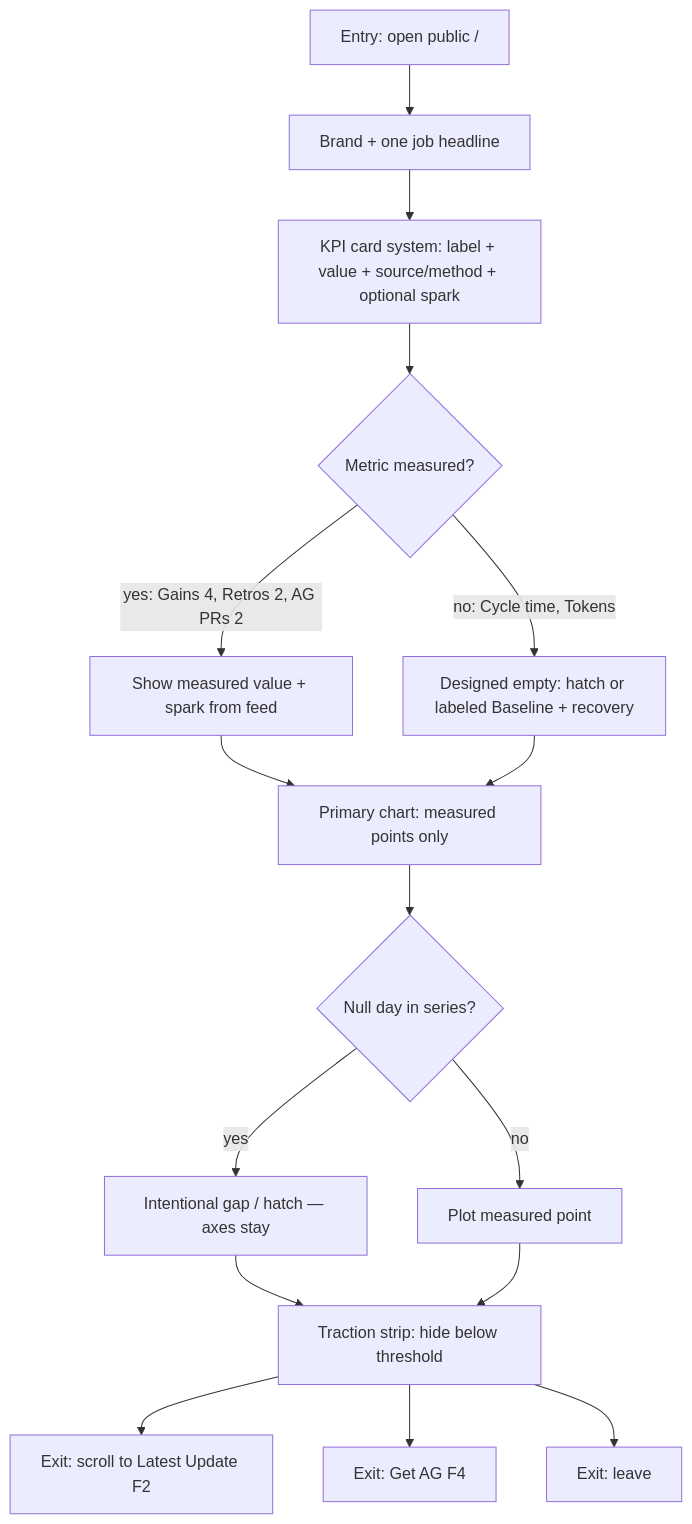
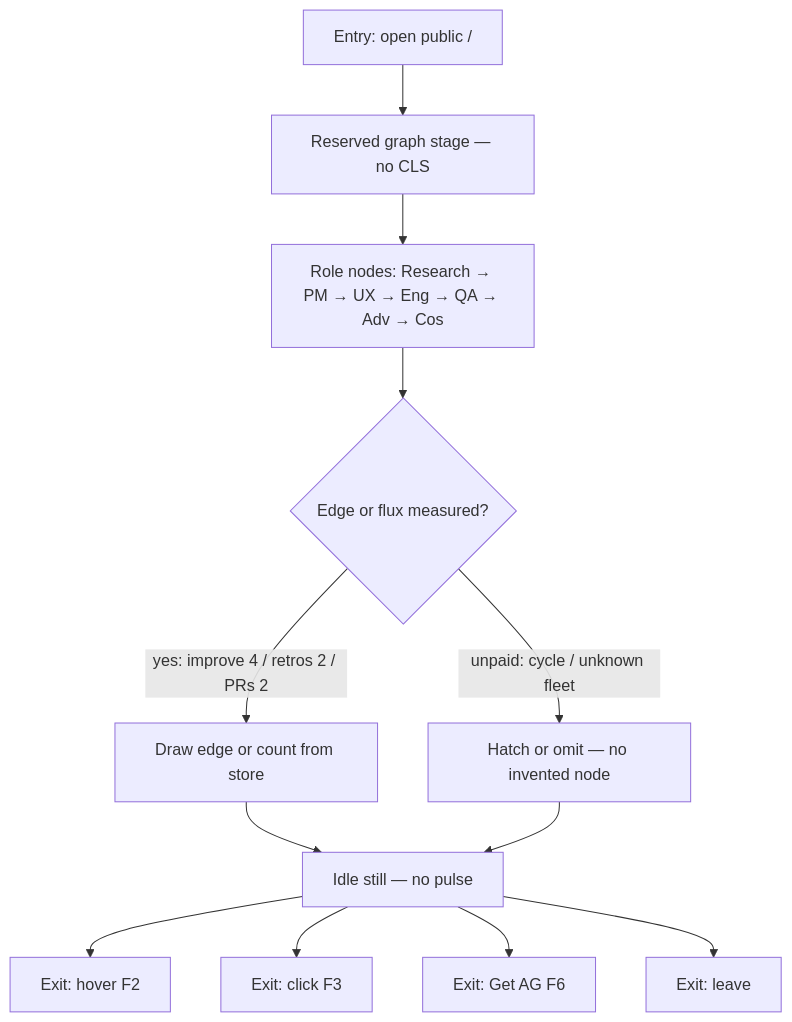
One commit to paulthorson/agentic-governance changed the first of 7 diagrams in dashboard/docs/ux/userflows.md. Above: the diagram before and after it, drawn with Mermaid. The commit also changed other lines of this file and 11 other files, not shown here.

First line of the commit message:
UX: Check 7+8 living-graph splash

````diff
--- a/dashboard/docs/ux/userflows.md
+++ b/dashboard/docs/ux/userflows.md
@@ -16,18 +18,14 @@
 ```mermaid
 flowchart TD
-  E1[Entry: open public /] --> H1[Brand + one job headline]
-  H1 --> K1[KPI card system: label + value + source/method + optional spark]
-  K1 --> C1{Metric measured?}
-  C1 -->|yes: Gains 4, Retros 2, AG PRs 2| M1[Show measured value + spark from feed]
-  C1 -->|no: Cycle time, Tokens| E3[Designed empty: hatch or labeled Baseline + recovery]
-  M1 --> CH[Primary chart: measured points only]
-  E3 --> CH
-  CH --> N1{Null day in series?}
-  N1 -->|yes| N2[Intentional gap / hatch — axes stay]
-  N1 -->|no| N3[Plot measured point]
-  N2 --> T1[Traction strip: hide below threshold]
-  N3 --> T1
-  T1 --> X1[Exit: scroll to Latest Update F2]
-  T1 --> X2[Exit: Get AG F4]
-  T1 --> X3[Exit: leave]
+  E1[Entry: open public /] --> G1[Reserved graph stage — no CLS]
+  G1 --> L1[Role nodes: Research → PM → UX → Eng → QA → Adv → Cos]
+  L1 --> M1{Edge or flux measured?}
+  M1 -->|yes: improve 4 / retros 2 / PRs 2| M2[Draw edge or count from store]
+  M1 -->|unpaid: cycle / unknown fleet| M3[Hatch or omit — no invented node]
+  M2 --> I1[Idle still — no pulse]
+  M3 --> I1
+  I1 --> X1[Exit: hover F2]
+  I1 --> X2[Exit: click F3]
+  I1 --> X3[Exit: Get AG F6]
+  I1 --> X4[Exit: leave]
 ```
````
